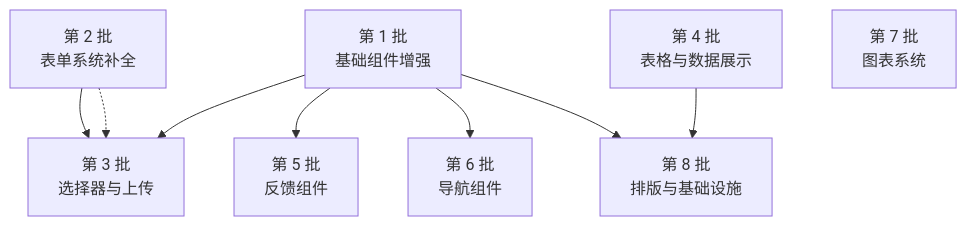
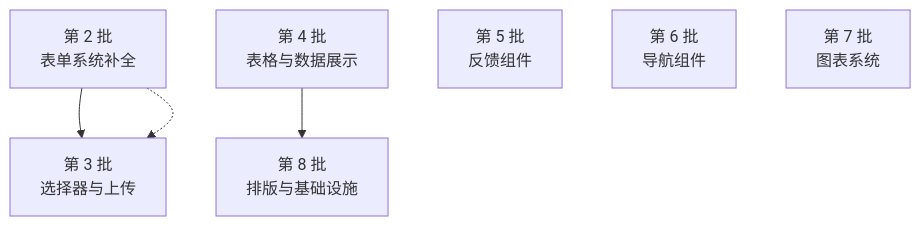
One commit to yang86953/uix-app changed the diagram in docs/进度.md. Above: the diagram before and after it, drawn with Mermaid. The commit also changed other lines of this file and 18 other files, not shown here.

````diff
--- a/docs/进度.md
+++ b/docs/进度.md
@@ -245,27 +230,21 @@
 ```mermaid
 graph TD
-    B1["第 1 批
-基础组件增强"]
     B2["第 2 批
 表单系统补全"]
     B3["第 3 批
 选择器与上传"]
     B4["第 4 批
 表格与数据展示"]
     B5["第 5 批
 反馈组件"]
     B6["第 6 批
 导航组件"]
     B7["第 7 批
 图表系统"]
     B8["第 8 批
 排版与基础设施"]
 
-    B1 --> B3
-    B1 --> B5
-    B1 --> B6
-    B1 --> B8
     B2 --> B3
     B4 --> B8
     B2 -.-> B3
 ```
````
